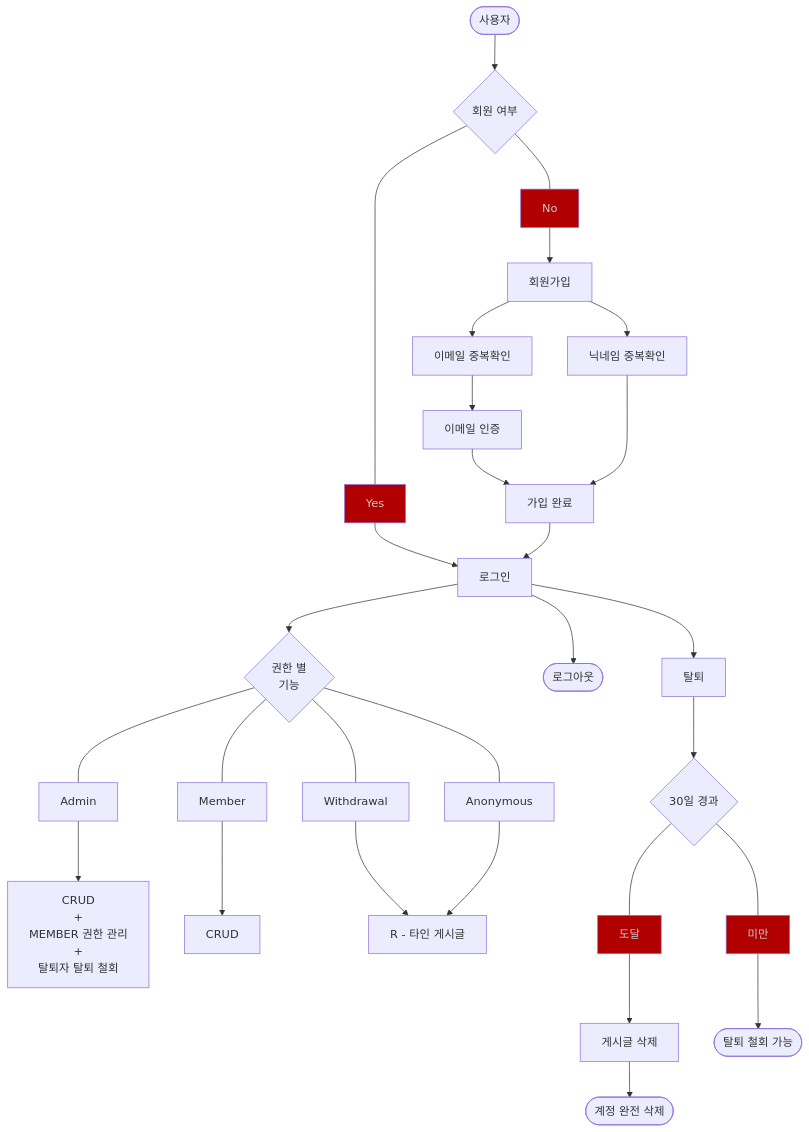
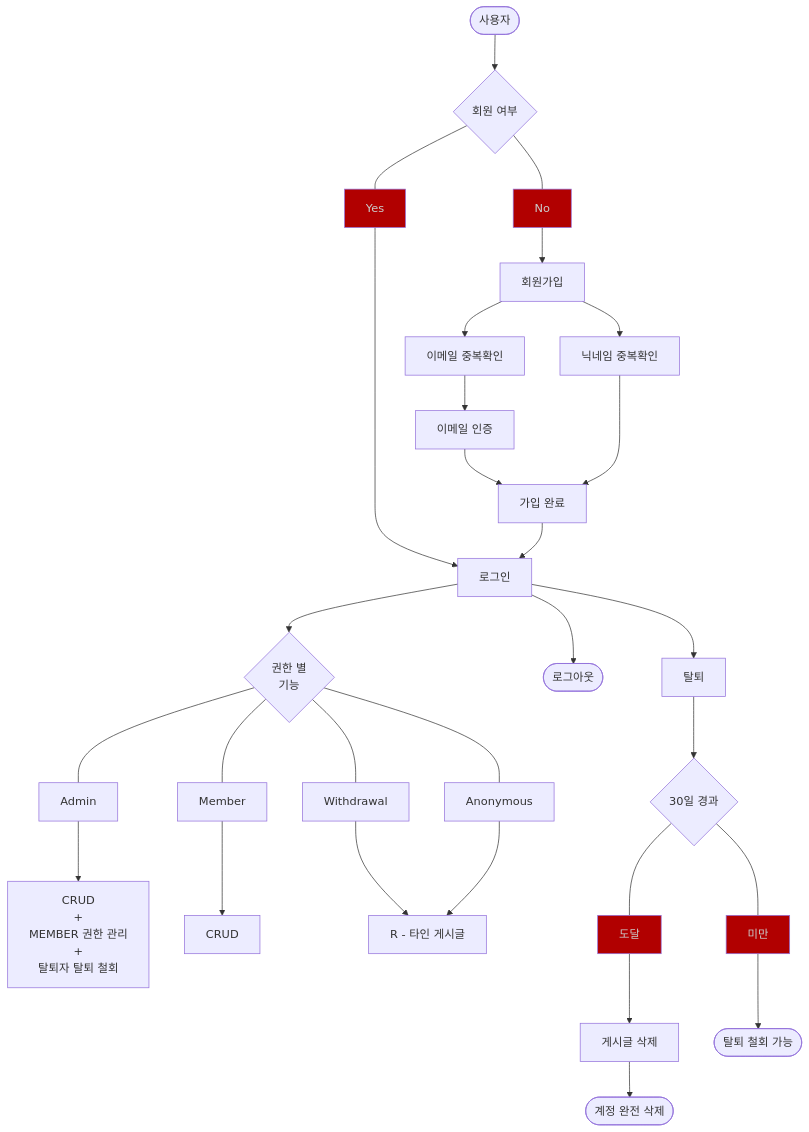
One commit to zhyun-project/simple-board-02 changed the diagram in docs/Flowchart - 회원.mermaid. Above: the diagram before and after it, drawn with Mermaid.

Commit message:
docs : 회원 flow chart 도형 위치 수정 (#8)
issue key : SB2-3

```diff
--- a/docs/Flowchart - 회원.mermaid
+++ b/docs/Flowchart - 회원.mermaid
@@ -1,20 +1,20 @@
 flowchart TB
     classDef red color:#cbcdcc,fill:#b10000;
 
     A([사용자]) --> B{회원 여부}
 
-    B ---Yes:::red--> C[로그인]
+    B ---Yes:::red------> C[로그인]
     C --> G{권한 별<br>기능}
     G ---Admin--> G1[CRUD<br>+<br>MEMBER 권한 관리<br>+<br>탈퇴자 탈퇴 철회]
     G ---Member--> G2[CRUD]
     G ---Withdrawal--> G3[R - 타인 게시글]
     G ---Anonymous--> G3[R - 타인 게시글]
     C --> E([로그아웃])
     C --> F[탈퇴] --> F1{30일 경과} 
     F1 ---도달:::red--> F2[게시글 삭제] --> F3([계정 완전 삭제])
     F1 ---미만:::red--> F4([탈퇴 철회 가능])
 
     B ---No:::red--> D[회원가입] 
     D --> D1[이메일 중복확인] --> D2[이메일 인증]--> D4[가입 완료]
     D --> D3[닉네임 중복확인] ---> D4
     D4 --> C
```
